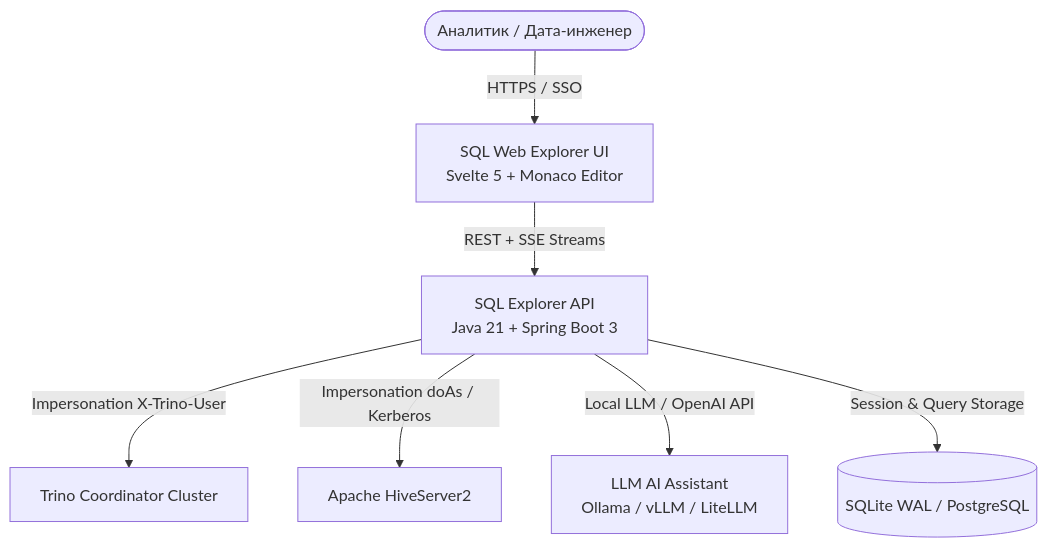
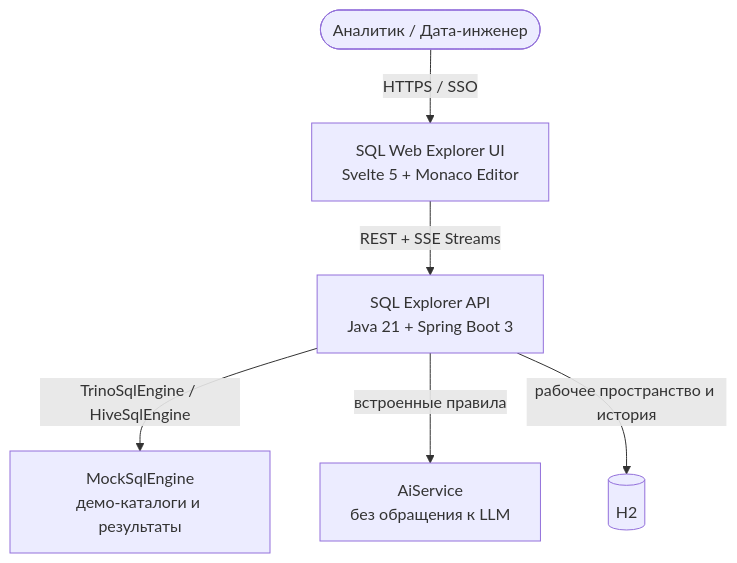
One commit to balookrd/hadoop-explorer changed the first of 2 diagrams in docs/sql-user-guide.md. Above: the diagram before and after it, drawn with Mermaid. The commit also changed other lines of this file and 21 other files, not shown here.

````diff
--- a/docs/sql-user-guide.md
+++ b/docs/sql-user-guide.md
@@ -44,9 +44,8 @@
 ```mermaid
 graph TD
     User(["Аналитик / Дата-инженер"]) -->|"HTTPS / SSO"| UI["SQL Web Explorer UI\nSvelte 5 + Monaco Editor"]
     UI -->|"REST + SSE Streams"| Gateway["SQL Explorer API\nJava 21 + Spring Boot 3"]
-    Gateway -->|"Impersonation X-Trino-User"| Trino["Trino Coordinator Cluster"]
-    Gateway -->|"Impersonation doAs / Kerberos"| Hive["Apache HiveServer2"]
-    Gateway -->|"Local LLM / OpenAI API"| AI["LLM AI Assistant\nOllama / vLLM / LiteLLM"]
-    Gateway -->|"Session & Query Storage"| DB[("SQLite WAL / PostgreSQL")]
+    Gateway -->|"TrinoSqlEngine / HiveSqlEngine"| Mock["MockSqlEngine\nдемо-каталоги и результаты"]
+    Gateway -->|"встроенные правила"| AI["AiService\nбез обращения к LLM"]
+    Gateway -->|"рабочее пространство и история"| DB[("H2")]
 ```
````
